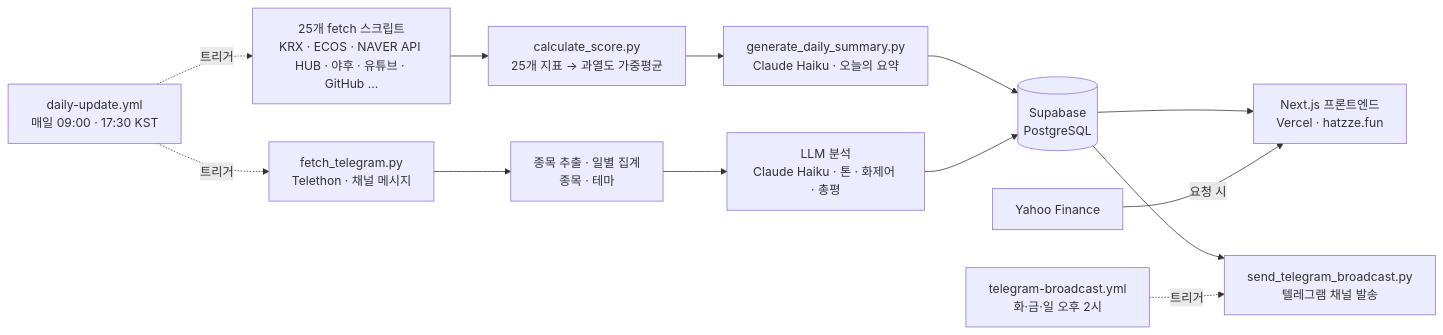
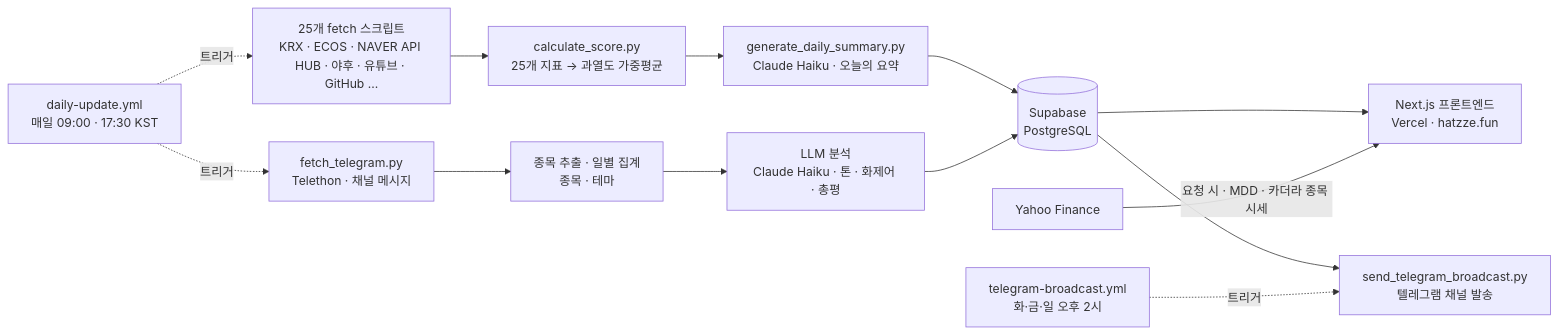
One commit to drakedog-kr/hatzze changed the diagram in README.md. Above: the diagram before and after it, drawn with Mermaid. The commit also changed other lines of this file, not shown here.

````diff
--- a/README.md
+++ b/README.md
@@ -88,15 +99,15 @@
 ```mermaid
 flowchart LR
     A["25개 fetch 스크립트<br/>KRX · ECOS · NAVER API HUB · 야후 · 유튜브 · GitHub …"] --> B["calculate_score.py<br/>25개 지표 → 과열도 가중평균"]
     B --> C["generate_daily_summary.py<br/>Claude Haiku · 오늘의 요약"]
     C --> D[("Supabase<br/>PostgreSQL")]
     T1["fetch_telegram.py<br/>Telethon · 채널 메시지"] --> T2["종목 추출 · 일별 집계<br/>종목 · 테마"]
     T2 --> T3["LLM 분석<br/>Claude Haiku · 톤 · 화제어 · 총평"]
     T3 --> D
     D --> E["Next.js 프론트엔드<br/>Vercel · hatzze.fun"]
     D --> S["send_telegram_broadcast.py<br/>텔레그램 채널 발송"]
-    Y["Yahoo Finance"] -->|요청 시| E
+    Y["Yahoo Finance"] -->|요청 시 · MDD · 카더라 종목 시세| E
     G["daily-update.yml<br/>매일 09:00 · 17:30 KST"] -.->|트리거| A
     G -.->|트리거| T1
     W["telegram-broadcast.yml<br/>화·금·일 오후 2시"] -.->|트리거| S
 ```
````
